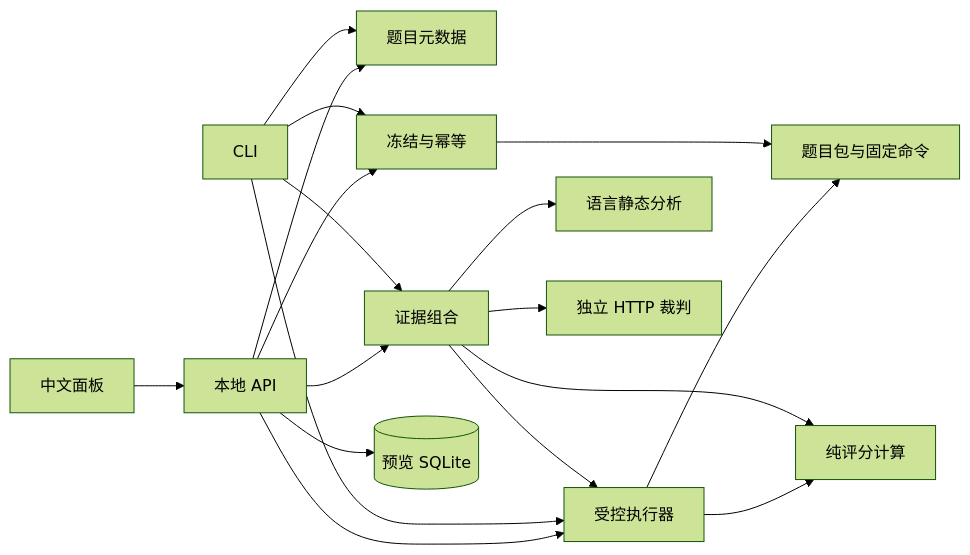
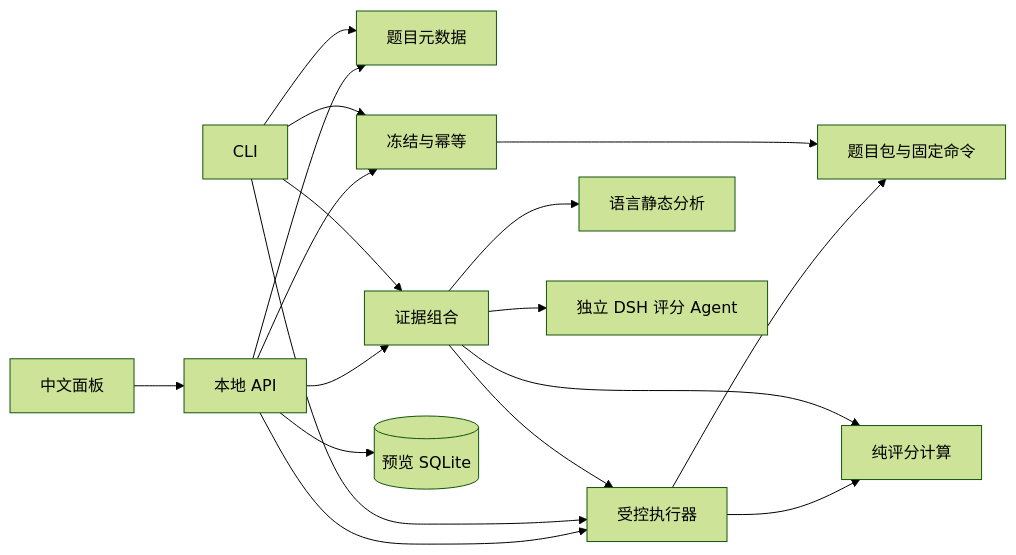
Before and after one commit to Aa728848/Forever_Skywalker_AI_Benchmark: the diagram in docs/architecture.md, drawn with Mermaid (forest theme). The commit also changed other lines of this file and 4 other files, not shown here.

````diff
--- a/docs/architecture.md
+++ b/docs/architecture.md
@@ -21,20 +21,20 @@
 ```mermaid
 flowchart LR
   Web[中文面板] --> API[本地 API]
   API --> Catalog[题目元数据]
   CLI[CLI] --> Catalog
   API --> Runs[冻结与幂等]
   CLI --> Runs
   API --> Executor[受控执行器]
   CLI --> Executor
   API --> Evaluation[证据组合]
   CLI --> Evaluation
   Evaluation --> Static[语言静态分析]
-  Evaluation --> Judge[独立 HTTP 裁判]
+  Evaluation --> Judge[独立 DSH 评分 Agent]
   Evaluation --> Executor
   Executor --> Core[纯评分计算]
   Evaluation --> Core
   Executor --> Tasks[题目包与固定命令]
   Runs --> Tasks
   API --> SQLite[(预览 SQLite)]
 ```
````
